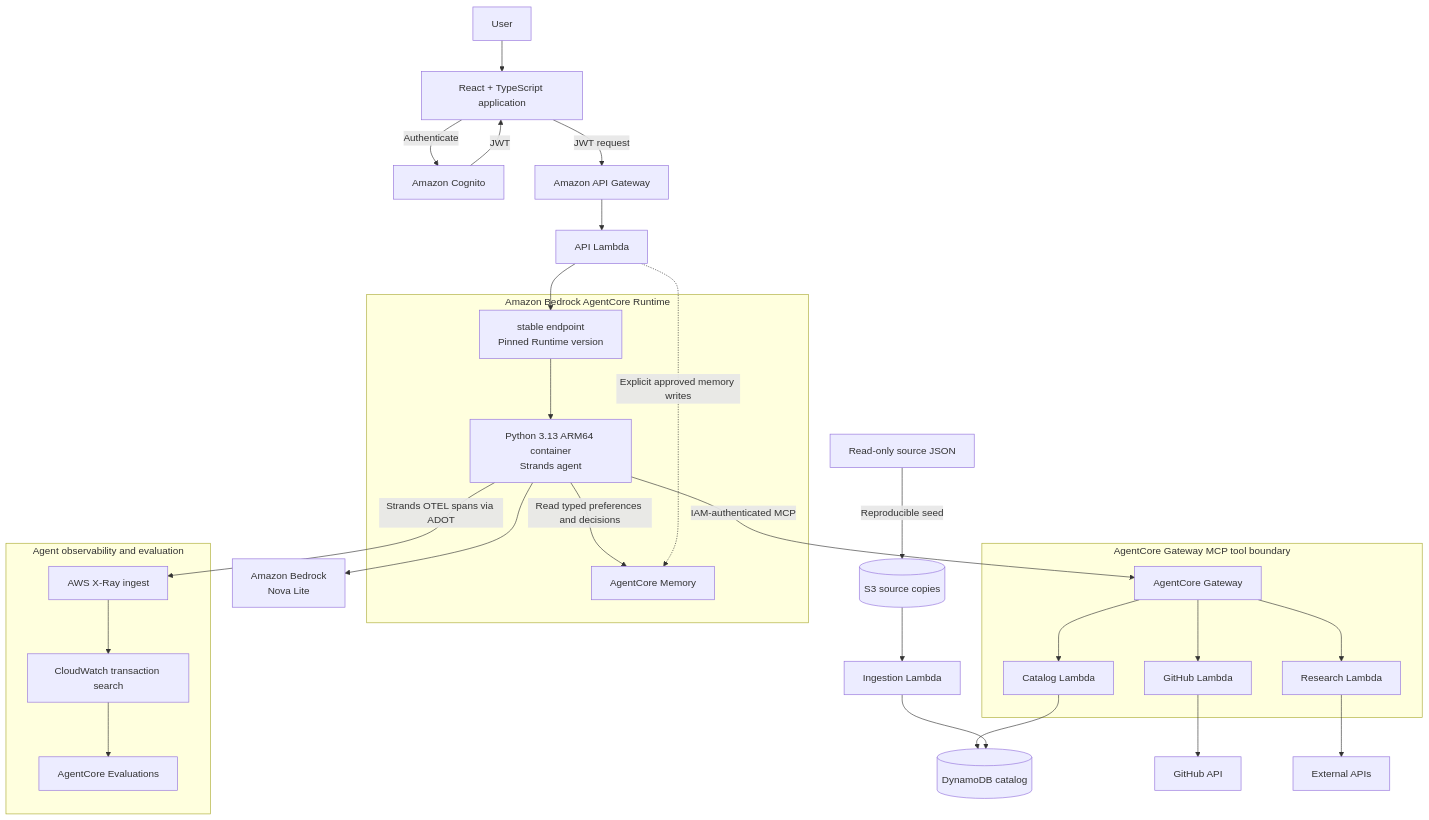
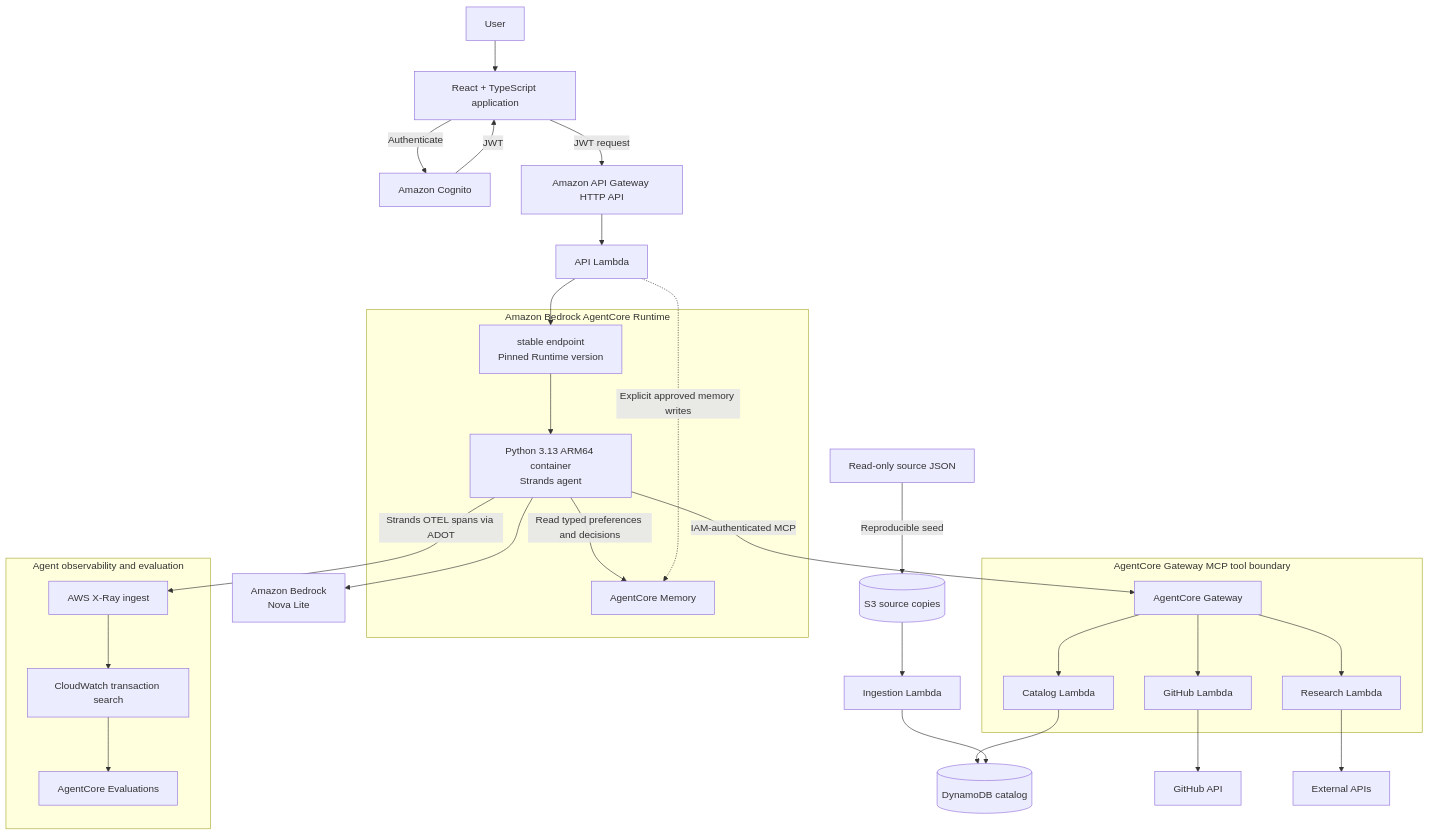
Before and after one commit to barrettotte/praxis: the diagram in README.md, drawn with Mermaid. The commit also changed 16 other files, not shown here.

Commit message:
add API Gateway application boundary

````diff
--- a/README.md
+++ b/README.md
@@ -9,48 +9,48 @@
 ```mermaid
 flowchart TD
     user[User] --> ui[React + TypeScript application]
     ui -->|Authenticate| cognito[Amazon Cognito]
     cognito -->|JWT| ui
-    ui -->|JWT request| apiGateway[Amazon API Gateway]
+    ui -->|JWT request| apiGateway[Amazon API Gateway HTTP API]
     apiGateway --> apiLambda[API Lambda]
 
     subgraph runtime[Amazon Bedrock AgentCore Runtime]
         runtimeEndpoint[stable endpoint<br/>Pinned Runtime version]
         agent[Python 3.13 ARM64 container<br/>Strands agent]
         memory[AgentCore Memory]
         runtimeEndpoint --> agent
         agent -->|Read typed preferences and decisions| memory
     end
 
     apiLambda --> runtimeEndpoint
     apiLambda -.->|Explicit approved memory writes| memory
     agent --> bedrock[Amazon Bedrock<br/>Nova Lite]
 
     subgraph observability[Agent observability and evaluation]
         xray[AWS X-Ray ingest]
         cloudwatch[CloudWatch transaction search]
         evaluations[AgentCore Evaluations]
         xray --> cloudwatch --> evaluations
     end
 
     agent -->|Strands OTEL spans via ADOT| xray
 
     subgraph tools[AgentCore Gateway MCP tool boundary]
         gateway[AgentCore Gateway]
         catalogLambda[Catalog Lambda]
         githubLambda[GitHub Lambda]
         researchLambda[Research Lambda]
         gateway --> catalogLambda
         gateway --> githubLambda
         gateway --> researchLambda
     end
 
     agent -->|IAM-authenticated MCP| gateway
     catalogLambda --> catalog[(DynamoDB catalog)]
     githubLambda --> github[GitHub API]
     researchLambda --> external[External APIs]
 
     sources[Read-only source JSON] -->|Reproducible seed| sourceBucket[(S3 source copies)]
     sourceBucket --> ingestion[Ingestion Lambda]
     ingestion --> catalog
 ```
````
